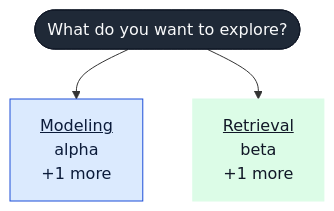
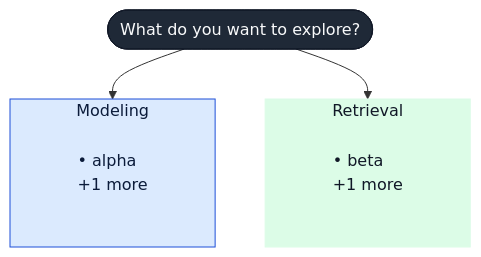
One commit to adeoluo/profile-forge changed the first of 2 diagrams in internal/render/testdata/minimal.md. Above: the diagram before and after it, drawn with Mermaid. The commit also changed 4 other files, not shown here.

````diff
--- a/internal/render/testdata/minimal.md
+++ b/internal/render/testdata/minimal.md
@@ -20,15 +20,23 @@
 ```mermaid
 %%{init: {"flowchart": {"wrappingWidth": 320}}}%%
 flowchart TD
   n_root(["What do you want to explore?"])
-  n_root --> n_model["<u>Modeling</u><br/>alpha<br/>+1 more"]
-  n_root --> n_retr["<u>Retrieval</u><br/>beta<br/>+1 more"]
+  subgraph s_model["Modeling"]
+    n_model["• alpha<br/>+1 more"]
+  end
+  n_root --> s_model
+  subgraph s_retr["Retrieval"]
+    n_retr["• beta<br/>+1 more"]
+  end
+  n_root --> s_retr
 
   classDef c_root fill:#1f2937,stroke:#111827,color:#f9fafb;
-  classDef c_model fill:#dbeafe,stroke:#1d4ed8,color:#0b1b3a;
-  classDef c_retr fill:#dcfce7,stroke:#dcfce7,color:#111827;
+  classDef c_model fill:#dbeafe,stroke-width:0px,color:#0b1b3a,text-align:left;
+  classDef c_retr fill:#dcfce7,stroke-width:0px,color:#111827,text-align:left;
 
   class n_root c_root;
   class n_model c_model;
+  style s_model fill:#dbeafe,stroke:#1d4ed8,color:#0b1b3a
   class n_retr c_retr;
+  style s_retr fill:#dcfce7,stroke:#dcfce7,color:#111827
 ```
````
